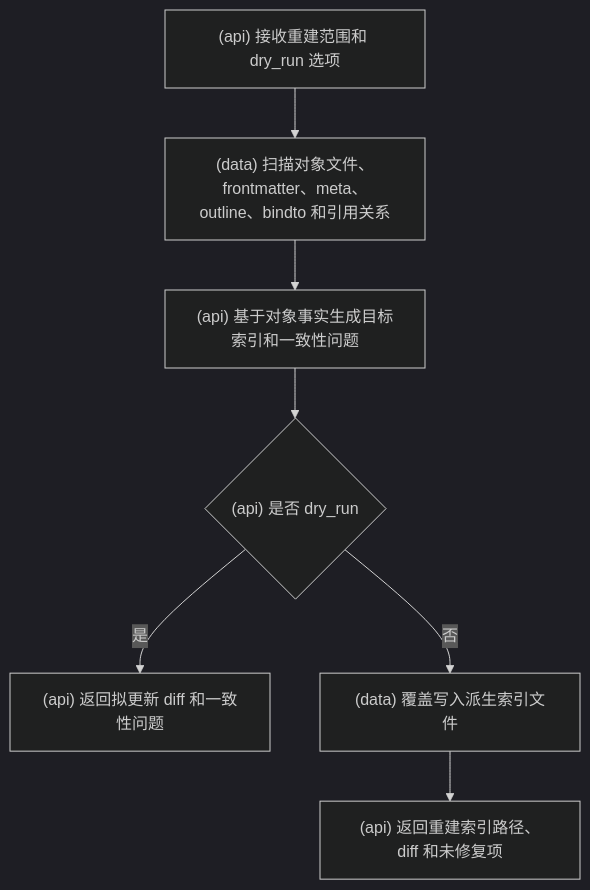
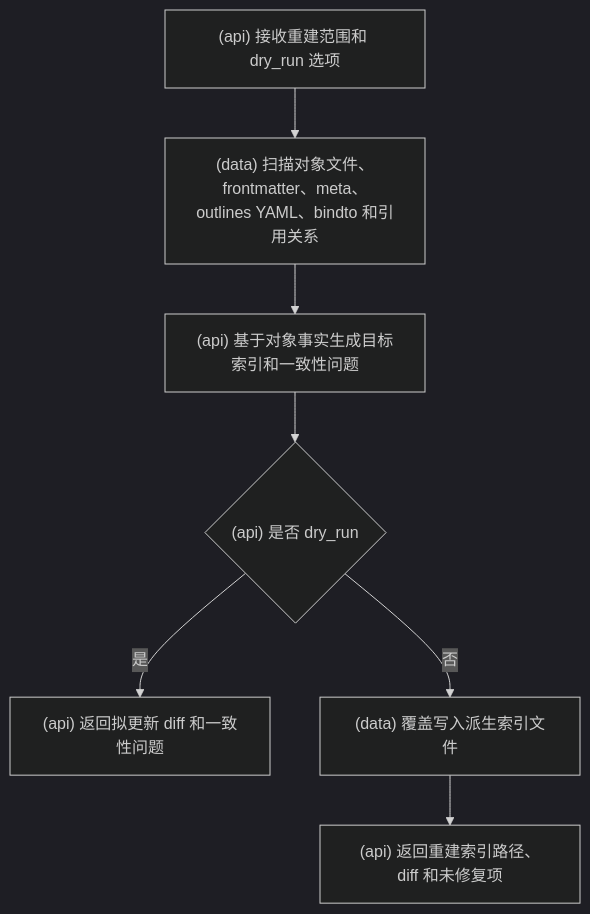
One commit to srangerme/KBManager changed diagram 20 of 21 in docs/流程图.md. Above: the diagram before and after it, drawn with Mermaid (dark theme). The commit also changed other lines of this file and 13 other files, not shown here.

````diff
--- a/docs/流程图.md
+++ b/docs/流程图.md
@@ -238,9 +267,9 @@
 ```mermaid
 flowchart TD
-  A["(api) 接收重建范围和 dry_run 选项"] --> B["(data) 扫描对象文件、frontmatter、meta、outline、bindto 和引用关系"]
+  A["(api) 接收重建范围和 dry_run 选项"] --> B["(data) 扫描对象文件、frontmatter、meta、outlines YAML、bindto 和引用关系"]
   B --> C["(api) 基于对象事实生成目标索引和一致性问题"]
   C --> D{"(api) 是否 dry_run"}
   D -- 是 --> E["(api) 返回拟更新 diff 和一致性问题"]
   D -- 否 --> F["(data) 覆盖写入派生索引文件"]
   F --> G["(api) 返回重建索引路径、diff 和未修复项"]
 ```
````
